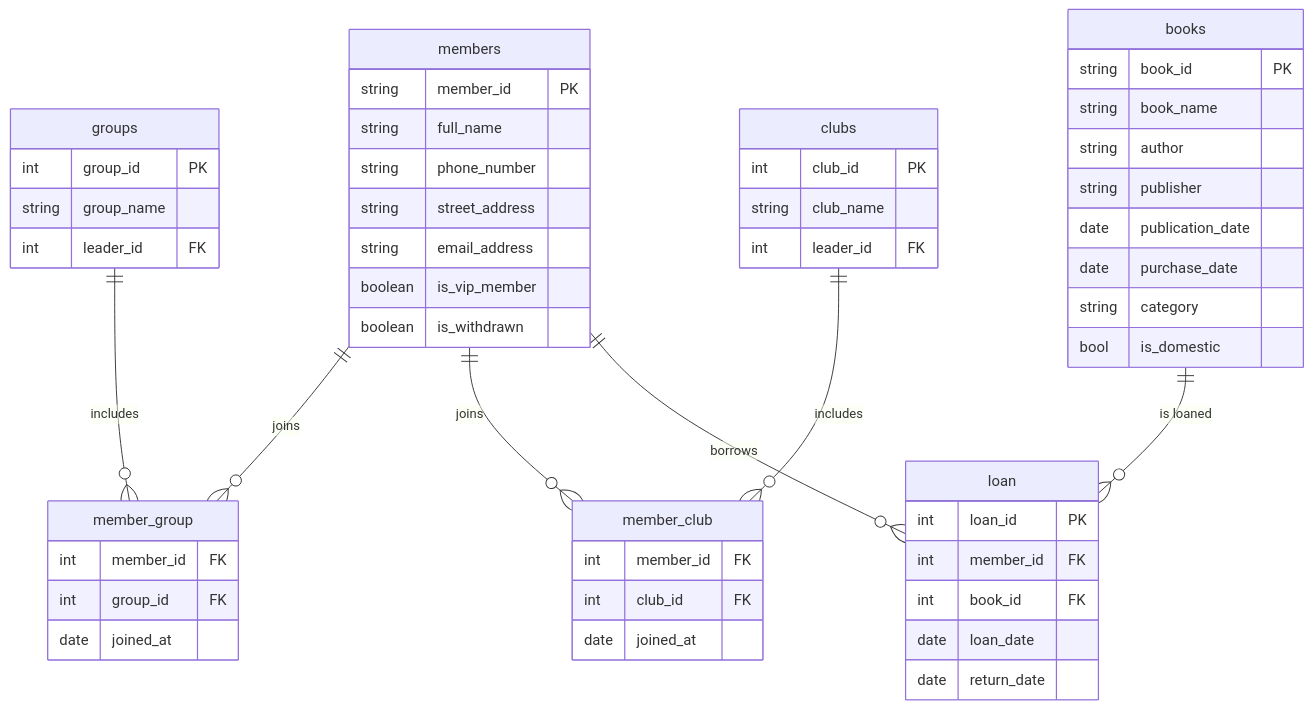
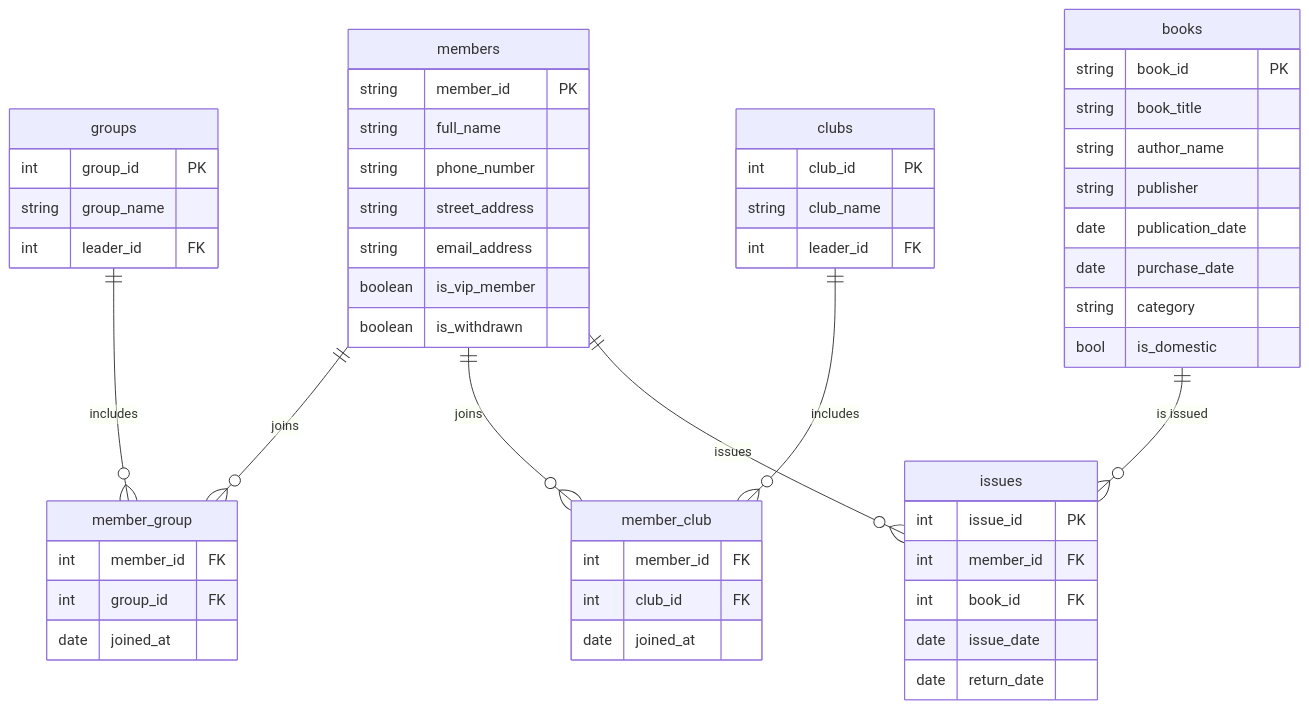
One commit to wontothree/library-management-system changed the diagram in README.md. Above: the diagram before and after it, drawn with Mermaid. The commit also changed other lines of this file and 5 other files, not shown here.

Commit message:
fix: issue book page

````diff
--- a/README.md
+++ b/README.md
@@ -88,70 +88,70 @@
 ```mermaid
 erDiagram
     %% 멤버 테이블을 정의합니다.
     members {
         string member_id PK
         string full_name
         string phone_number
         string street_address
         string email_address
         boolean is_vip_member
         boolean is_withdrawn
     }
 
     %% 그룹 테이블을 정의합니다.
     groups {
         int group_id PK
         string group_name
         int leader_id FK
     }
     
     %% 클럽 테이블을 정의합니다.
     clubs {
         int club_id PK
         string club_name
         int leader_id FK
     }
 
     %% 멤버-그룹 관계를 정의합니다.
     member_group {
         int member_id FK
         int group_id FK
         date joined_at
     }
 
     %% 멤버-클럽 관계를 정의합니다.
     member_club {
         int member_id FK
         int club_id FK
         date joined_at
     }
 
     %% table books
     books {
         string book_id PK
-        string book_name
-        string author
+        string book_title
+        string author_name
         string publisher
         date publication_date
         date purchase_date
         string category  
         bool is_domestic
     }
 
-    %% 대출 테이블을 정의합니다.
-    loan {
-        int loan_id PK
+    %% issues table
+     issues {
+        int issue_id PK
         int member_id FK
         int book_id FK
-        date loan_date
+        date issue_date
         date return_date
     }
 
     %% 관계 정의
     members ||--o{ member_group : "joins"
     groups ||--o{ member_group : "includes"
     members ||--o{ member_club : "joins"
     clubs ||--o{ member_club : "includes"
-    members ||--o{ loan : "borrows"
-    books ||--o{ loan : "is loaned"
+    members ||--o{ issues : "issues"
+    books ||--o{ issues : "is issued"
 ```
````
